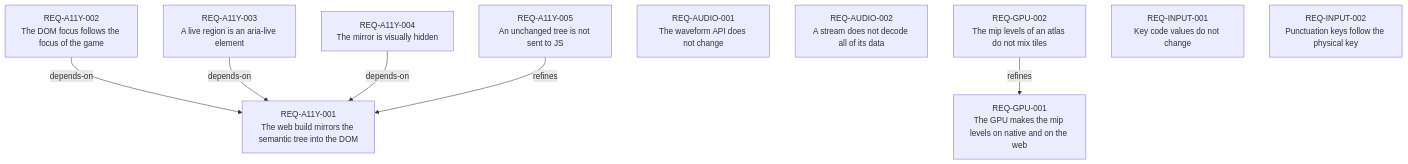
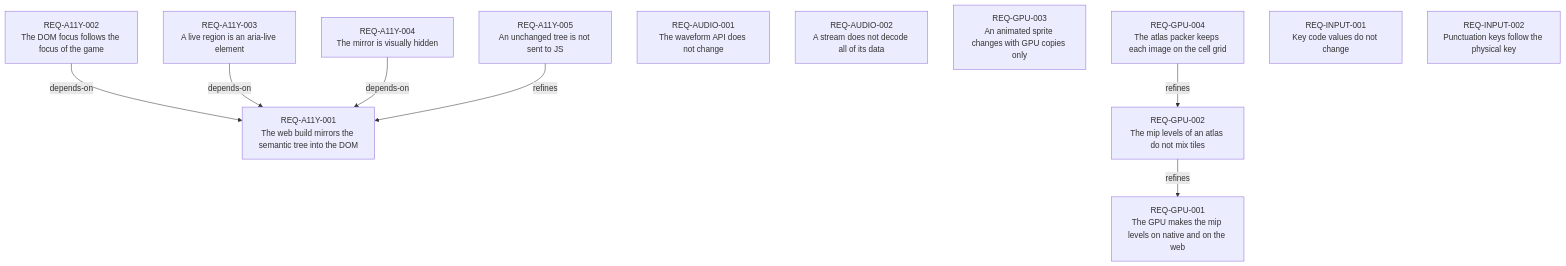
Before and after one commit to seanmizen/swindowzig: the diagram in requirements/index.md, drawn with Mermaid. The commit also changed other lines of this file and 16 other files, not shown here.

First line of the commit message:
[SWZ-28] feat: texture atlas with animated sprites (#64)

````diff
--- a/requirements/index.md
+++ b/requirements/index.md
@@ -22,19 +24,22 @@
 ```mermaid
 graph TD
   REQ_A11Y_001["REQ-A11Y-001<br/>The web build mirrors the semantic tree into the DOM"]
   REQ_A11Y_002["REQ-A11Y-002<br/>The DOM focus follows the focus of the game"]
   REQ_A11Y_003["REQ-A11Y-003<br/>A live region is an aria-live element"]
   REQ_A11Y_004["REQ-A11Y-004<br/>The mirror is visually hidden"]
   REQ_A11Y_005["REQ-A11Y-005<br/>An unchanged tree is not sent to JS"]
   REQ_AUDIO_001["REQ-AUDIO-001<br/>The waveform API does not change"]
   REQ_AUDIO_002["REQ-AUDIO-002<br/>A stream does not decode all of its data"]
   REQ_GPU_001["REQ-GPU-001<br/>The GPU makes the mip levels on native and on the web"]
   REQ_GPU_002["REQ-GPU-002<br/>The mip levels of an atlas do not mix tiles"]
+  REQ_GPU_003["REQ-GPU-003<br/>An animated sprite changes with GPU copies only"]
+  REQ_GPU_004["REQ-GPU-004<br/>The atlas packer keeps each image on the cell grid"]
   REQ_INPUT_001["REQ-INPUT-001<br/>Key code values do not change"]
   REQ_INPUT_002["REQ-INPUT-002<br/>Punctuation keys follow the physical key"]
   REQ_A11Y_002 -->|depends-on| REQ_A11Y_001
   REQ_A11Y_003 -->|depends-on| REQ_A11Y_001
   REQ_A11Y_004 -->|depends-on| REQ_A11Y_001
   REQ_A11Y_005 -->|refines| REQ_A11Y_001
   REQ_GPU_002 -->|refines| REQ_GPU_001
+  REQ_GPU_004 -->|refines| REQ_GPU_002
 ```
````
